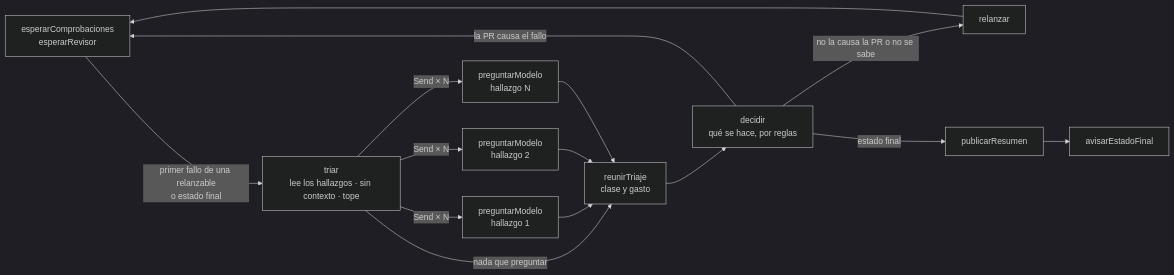
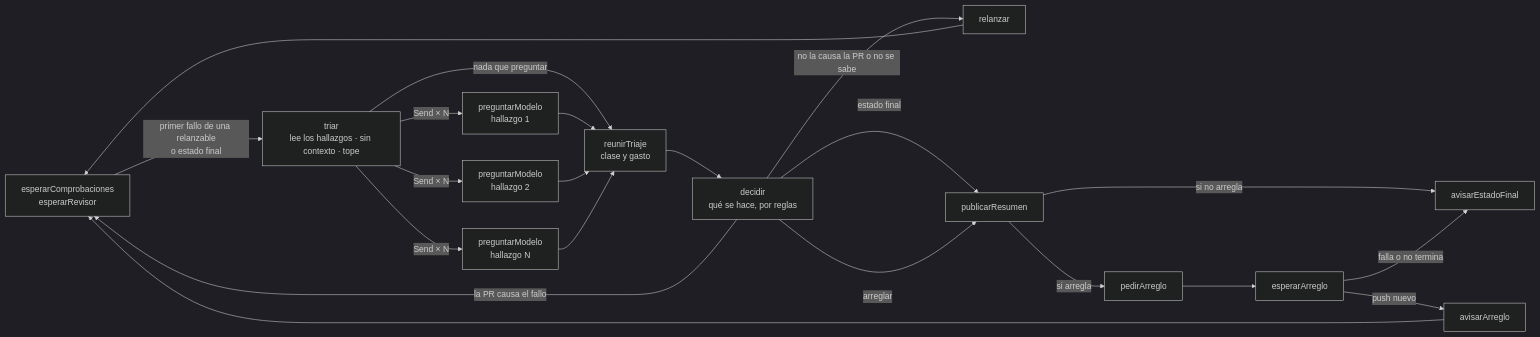
One commit to 7daysofrain/mood-table-v2 changed the second of 4 diagrams in readme.md. Above: the diagram before and after it, drawn with Mermaid (dark theme). The commit also changed other lines of this file and 55 other files, not shown here.

First line of the commit message:
Arreglar cada hallazgo real y subir el arreglo a la PR (#209)

````diff
--- a/readme.md
+++ b/readme.md
@@ -525,15 +526,19 @@
 ```mermaid
 flowchart LR
   espera["esperarComprobaciones<br/>esperarRevisor"] -- "primer fallo de una relanzable<br/>o estado final" --> triar["triar<br/>lee los hallazgos · sin contexto · tope"]
   triar -- "Send × N" --> p1["preguntarModelo<br/>hallazgo 1"]
   triar -- "Send × N" --> p2["preguntarModelo<br/>hallazgo 2"]
   triar -- "Send × N" --> p3["preguntarModelo<br/>hallazgo N"]
   triar -- "nada que preguntar" --> reunir
   p1 --> reunir["reunirTriaje<br/>clase y gasto"]
   p2 --> reunir
   p3 --> reunir
   reunir --> decidir["decidir<br/>qué se hace, por reglas"]
   decidir -- "no la causa la PR o no se sabe" --> relanzar["relanzar"] --> espera
   decidir -- "la PR causa el fallo" --> espera
-  decidir -- "estado final" --> resumen["publicarResumen"] --> aviso["avisarEstadoFinal"]
+  decidir -- "estado final" --> resumen["publicarResumen"] -- "si no arregla" --> aviso["avisarEstadoFinal"]
+  decidir -- "arreglar" --> resumen
+  resumen -- "si arregla" --> pedir["pedirArreglo"] --> esperarArreglo["esperarArreglo"]
+  esperarArreglo -- "push nuevo" --> avisarArreglo["avisarArreglo"] --> espera
+  esperarArreglo -- "falla o no termina" --> aviso
 ```
````
